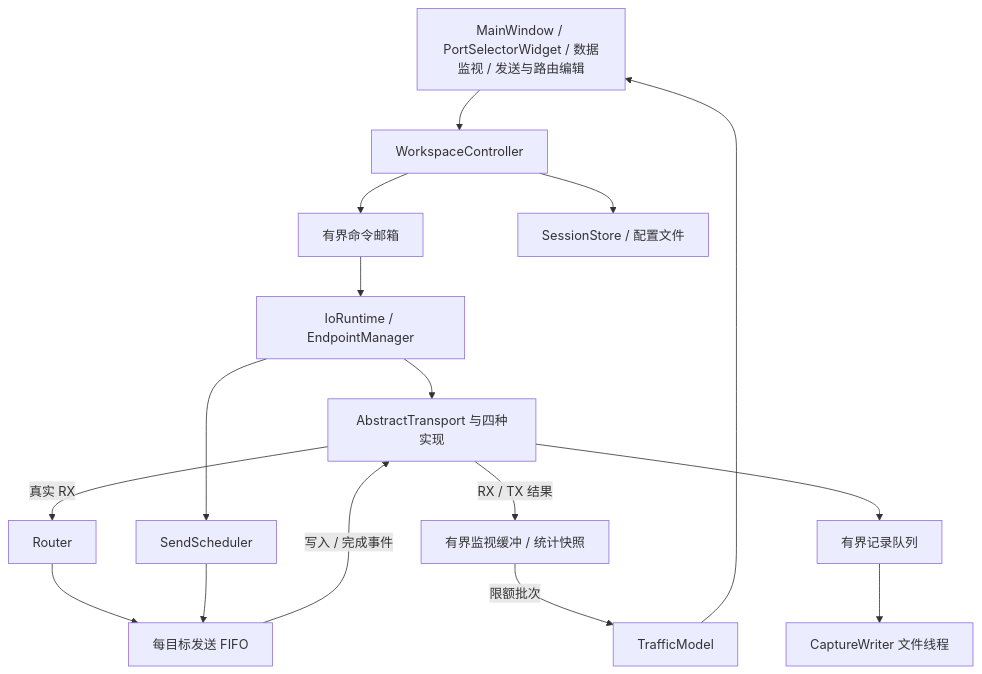
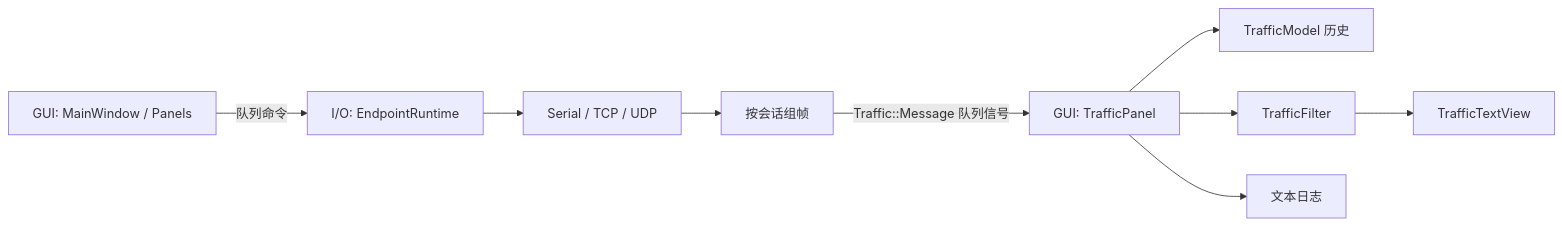
One commit to hyb-oyqq/QQCom-plus changed the diagram in docs/ARCHITECTURE.md. Above: the diagram before and after it, drawn with Mermaid. The commit also changed other lines of this file and 165 other files, not shown here.

````diff
--- a/docs/ARCHITECTURE.md
+++ b/docs/ARCHITECTURE.md
@@ -9,31 +23,11 @@
 ```mermaid
-flowchart TB
-    UI[MainWindow / PortSelectorWidget / 数据监视 / 发送与路由编辑]
-    C[WorkspaceController]
-    CMD[有界命令邮箱]
-    IO[IoRuntime / EndpointManager]
-    T[AbstractTransport 与四种实现]
-    R[Router]
-    S[SendScheduler]
-    Q[每目标发送 FIFO]
-    B[有界监视缓冲 / 统计快照]
-    MODEL[TrafficModel]
-    LOG[有界记录队列]
-    FILE[CaptureWriter 文件线程]
-    CONFIG[SessionStore / 配置文件]
-    UI --> C
-    C --> CMD
-    CMD --> IO
-    IO --> T
-    T -->|真实 RX| R
-    R --> Q
-    S --> Q
-    IO --> S
-    Q -->|写入 / 完成事件| T
-    T -->|RX / TX 结果| B
-    B -->|限额批次| MODEL
-    MODEL --> UI
-    T --> LOG
-    LOG --> FILE
-    C --> CONFIG
+flowchart LR
+    UI[GUI: MainWindow / Panels] -->|队列命令| Runtime[I/O: EndpointRuntime]
+    Runtime --> Transport[Serial / TCP / UDP]
+    Transport --> Framer[按会话组帧]
+    Framer -->|Traffic::Message 队列信号| Panel[GUI: TrafficPanel]
+    Panel --> Model[TrafficModel 历史]
+    Panel --> Filter[TrafficFilter]
+    Filter --> View[TrafficTextView]
+    Panel --> Log[文本日志]
 ```
````
